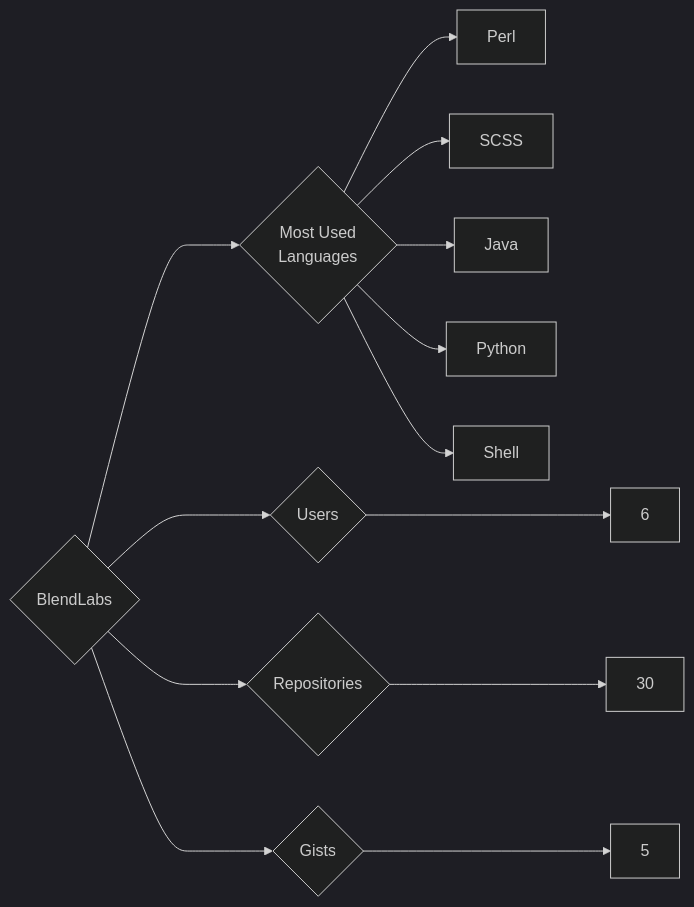
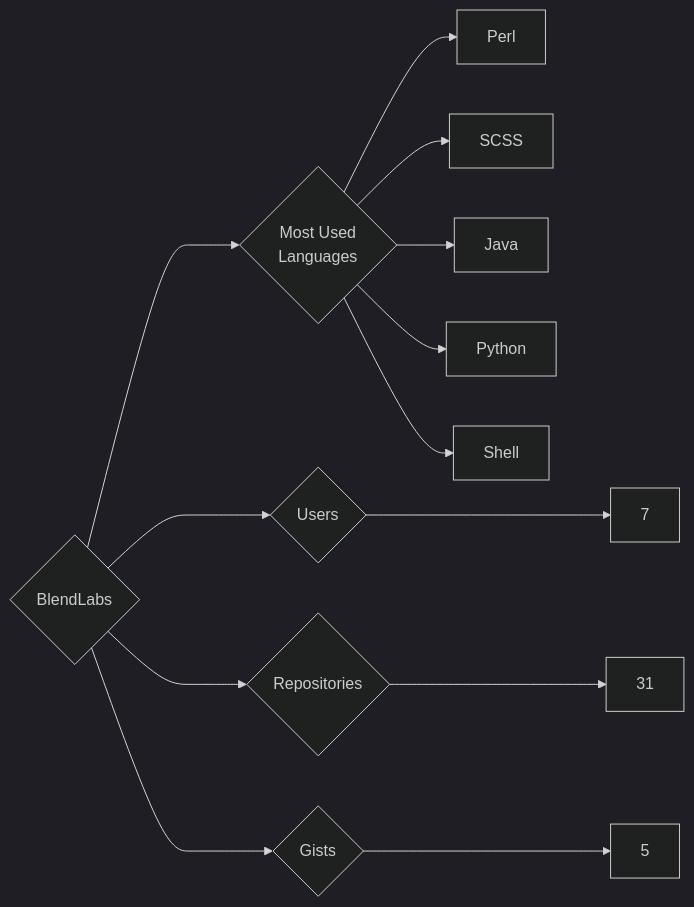
One commit to trickest/insiders changed the diagram in targets/BlendLabs/README.md. Above: the diagram before and after it, drawn with Mermaid (dark theme). The commit also changed 993 other files, not shown here.

````diff
--- a/targets/BlendLabs/README.md
+++ b/targets/BlendLabs/README.md
@@ -3,13 +3,13 @@
 ```mermaid
 graph LR
 COMPANY_NAME{BlendLabs}
-COMPANY_NAME ---> U{Users} ---> UN[6]
-COMPANY_NAME ---> R{Repositories} ---> RN[30]
+COMPANY_NAME ---> U{Users} ---> UN[7]
+COMPANY_NAME ---> R{Repositories} ---> RN[31]
 COMPANY_NAME ---> G{Gists} ---> GN[5]
 COMPANY_NAME ---> ML{Most Used<br>Languages}
 ML --> Perl[Perl]
 ML --> SCSS[SCSS]
 ML --> Java[Java]
 ML --> Python[Python]
 ML --> Shell[Shell]
 ```
````
